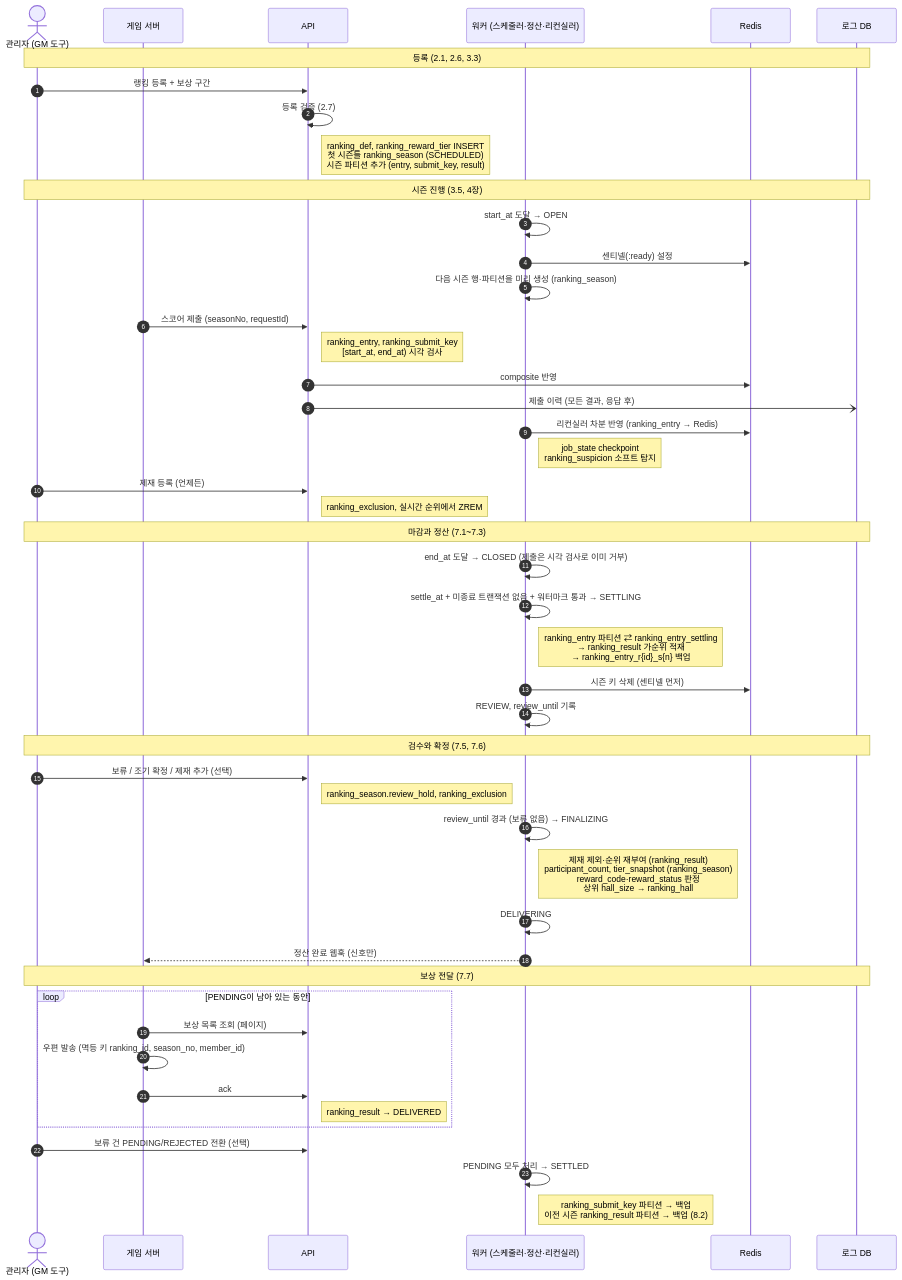
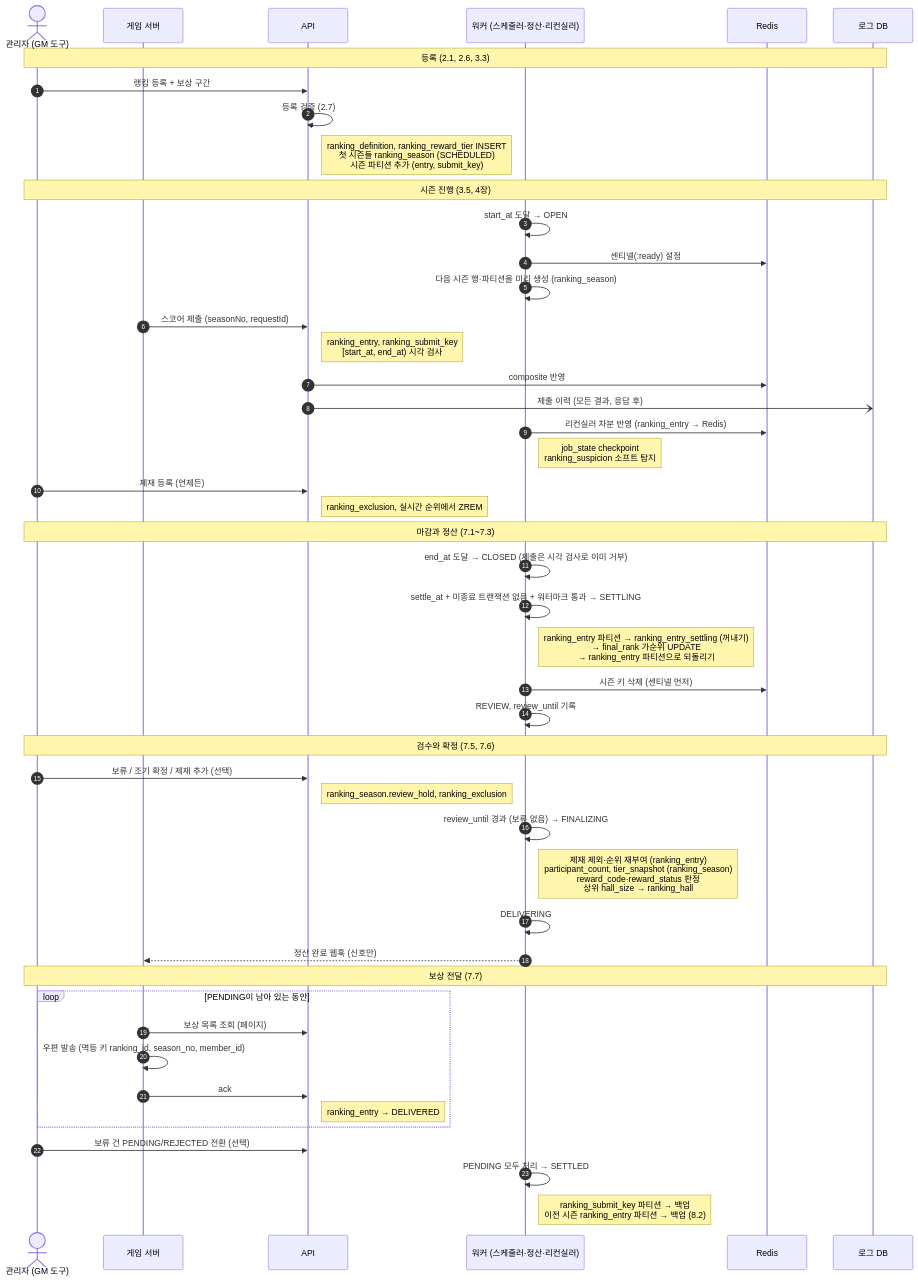
One commit to trisakion0500/podium-de changed the fourth of 6 diagrams in docs/04_SCHEMA.md. Above: the diagram before and after it, drawn with Mermaid. The commit also changed other lines of this file and 18 other files, not shown here.

````diff
--- a/docs/04_SCHEMA.md
+++ b/docs/04_SCHEMA.md
@@ -181,54 +173,54 @@
 ```mermaid
 sequenceDiagram
     autonumber
     actor GM as 관리자 (GM 도구)
     participant GS as 게임 서버
     participant API as API
     participant W as 워커 (스케줄러·정산·리컨실러)
     participant R as Redis
     participant L as 로그 DB
 
     Note over GM,L: 등록 (2.1, 2.6, 3.3)
     GM->>API: 랭킹 등록 + 보상 구간
     API->>API: 등록 검증 (2.7)
-    Note right of API: ranking_def, ranking_reward_tier INSERT<br/>첫 시즌들 ranking_season (SCHEDULED)<br/>시즌 파티션 추가 (entry, submit_key, result)
+    Note right of API: ranking_definition, ranking_reward_tier INSERT<br/>첫 시즌들 ranking_season (SCHEDULED)<br/>시즌 파티션 추가 (entry, submit_key)
 
     Note over GM,L: 시즌 진행 (3.5, 4장)
     W->>W: start_at 도달 → OPEN
     W->>R: 센티넬(:ready) 설정
     W->>W: 다음 시즌 행·파티션을 미리 생성 (ranking_season)
     GS->>API: 스코어 제출 (seasonNo, requestId)
     Note right of API: ranking_entry, ranking_submit_key<br/>[start_at, end_at) 시각 검사
     API->>R: composite 반영
     API-)L: 제출 이력 (모든 결과, 응답 후)
     W->>R: 리컨실러 차분 반영 (ranking_entry → Redis)
     Note right of W: job_state checkpoint<br/>ranking_suspicion 소프트 탐지
     GM->>API: 제재 등록 (언제든)
     Note right of API: ranking_exclusion, 실시간 순위에서 ZREM
 
     Note over GM,L: 마감과 정산 (7.1~7.3)
     W->>W: end_at 도달 → CLOSED (제출은 시각 검사로 이미 거부)
     W->>W: settle_at + 미종료 트랜잭션 없음 + 워터마크 통과 → SETTLING
-    Note right of W: ranking_entry 파티션 ⇄ ranking_entry_settling<br/>→ ranking_result 가순위 적재<br/>→ ranking_entry_r{id}_s{n} 백업
+    Note right of W: ranking_entry 파티션 → ranking_entry_settling (꺼내기)<br/>→ final_rank 가순위 UPDATE<br/>→ ranking_entry 파티션으로 되돌리기
     W->>R: 시즌 키 삭제 (센티넬 먼저)
     W->>W: REVIEW, review_until 기록
 
     Note over GM,L: 검수와 확정 (7.5, 7.6)
     GM->>API: 보류 / 조기 확정 / 제재 추가 (선택)
     Note right of API: ranking_season.review_hold, ranking_exclusion
     W->>W: review_until 경과 (보류 없음) → FINALIZING
-    Note right of W: 제재 제외·순위 재부여 (ranking_result)<br/>participant_count, tier_snapshot (ranking_season)<br/>reward_code·reward_status 판정<br/>상위 hall_size → ranking_hall
+    Note right of W: 제재 제외·순위 재부여 (ranking_entry)<br/>participant_count, tier_snapshot (ranking_season)<br/>reward_code·reward_status 판정<br/>상위 hall_size → ranking_hall
     W->>W: DELIVERING
     W-->>GS: 정산 완료 웹훅 (신호만)
 
     Note over GM,L: 보상 전달 (7.7)
     loop PENDING이 남아 있는 동안
         GS->>API: 보상 목록 조회 (페이지)
         GS->>GS: 우편 발송 (멱등 키 ranking_id, season_no, member_id)
         GS->>API: ack
-        Note right of API: ranking_result → DELIVERED
+        Note right of API: ranking_entry → DELIVERED
     end
     GM->>API: 보류 건 PENDING/REJECTED 전환 (선택)
     W->>W: PENDING 모두 처리 → SETTLED
-    Note right of W: ranking_submit_key 파티션 → 백업<br/>이전 시즌 ranking_result 파티션 → 백업 (8.2)
+    Note right of W: ranking_submit_key 파티션 → 백업<br/>이전 시즌 ranking_entry 파티션 → 백업 (8.2)
 ```
````
